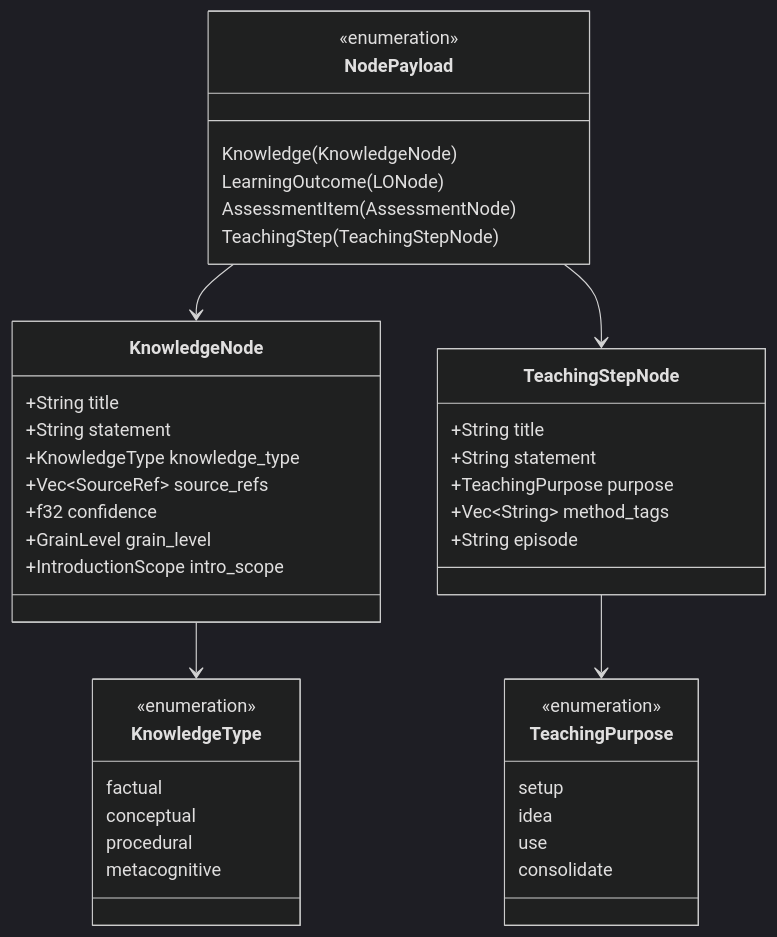
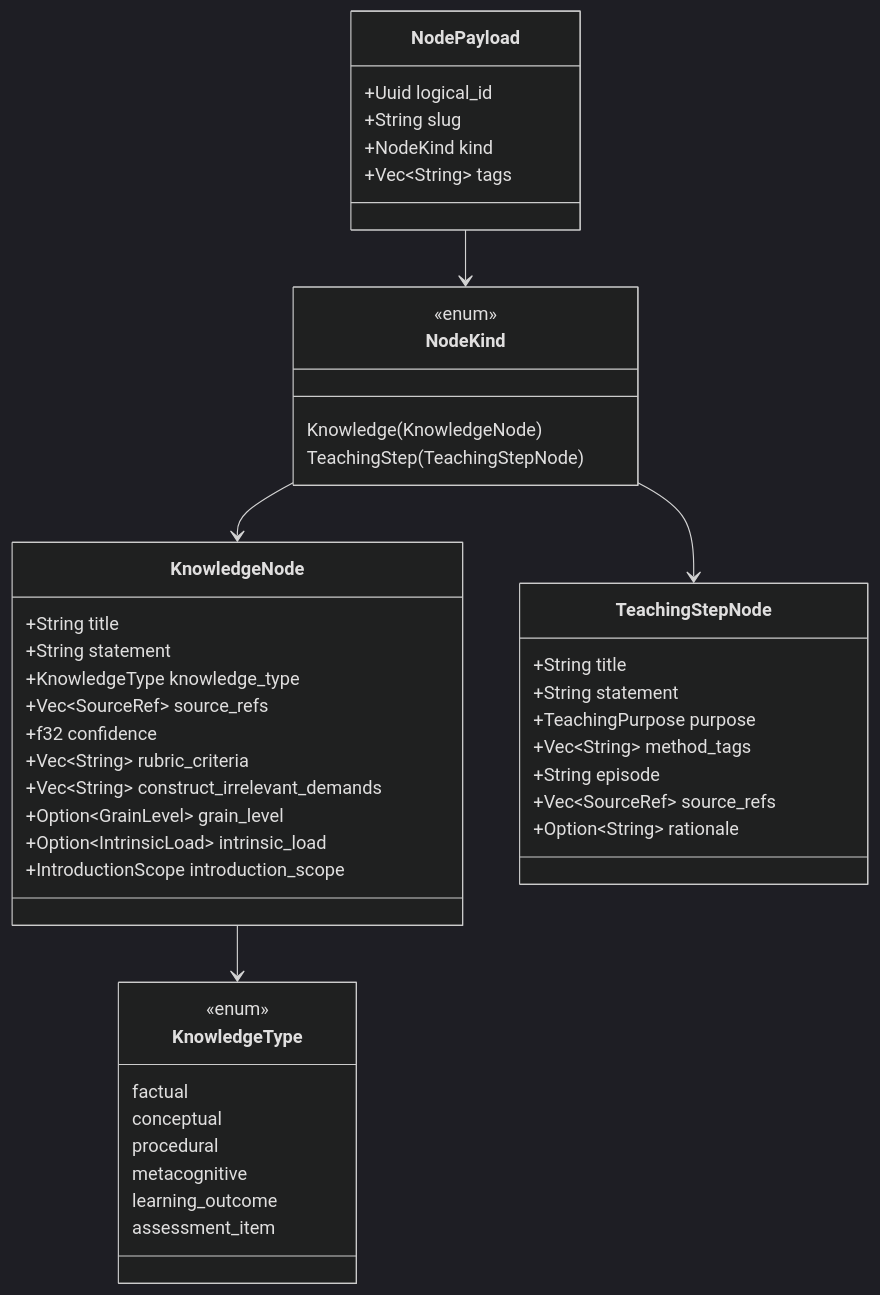
Before and after one commit to DhruvDh/weaver: diagram 13 of 15 in README.md, drawn with Mermaid (dark theme). The commit also changed other lines of this file and 16 other files, not shown here.

````diff
--- a/README.md
+++ b/README.md
@@ -429,49 +429,53 @@
 ```mermaid
 classDiagram
     class NodePayload {
-        <<enumeration>>
+        +Uuid logical_id
+        +String slug
+        +NodeKind kind
+        +Vec~String~ tags
+    }
+
+    class NodeKind {
+        <<enum>>
         Knowledge(KnowledgeNode)
-        LearningOutcome(LONode)
-        AssessmentItem(AssessmentNode)
         TeachingStep(TeachingStepNode)
     }
-    
+
     class KnowledgeNode {
         +String title
         +String statement
         +KnowledgeType knowledge_type
         +Vec~SourceRef~ source_refs
         +f32 confidence
-        +GrainLevel grain_level
-        +IntroductionScope intro_scope
+        +Vec~String~ rubric_criteria
+        +Vec~String~ construct_irrelevant_demands
+        +Option~GrainLevel~ grain_level
+        +Option~IntrinsicLoad~ intrinsic_load
+        +IntroductionScope introduction_scope
     }
-    
-    class KnowledgeType {
-        <<enumeration>>
-        factual
-        conceptual
-        procedural
-        metacognitive
-    }
-    
+
     class TeachingStepNode {
         +String title
         +String statement
         +TeachingPurpose purpose
         +Vec~String~ method_tags
         +String episode
+        +Vec~SourceRef~ source_refs
+        +Option~String~ rationale
     }
-    
-    class TeachingPurpose {
-        <<enumeration>>
-        setup
-        idea
-        use
-        consolidate
+
+    class KnowledgeType {
+        <<enum>>
+        factual
+        conceptual
+        procedural
+        metacognitive
+        learning_outcome
+        assessment_item
     }
-    
-    NodePayload --> KnowledgeNode
-    NodePayload --> TeachingStepNode
+
+    NodePayload --> NodeKind
+    NodeKind --> KnowledgeNode
+    NodeKind --> TeachingStepNode
     KnowledgeNode --> KnowledgeType
-    TeachingStepNode --> TeachingPurpose
 ```
````
